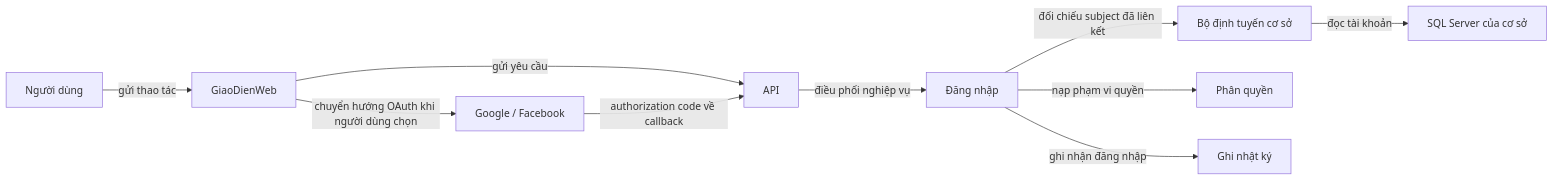
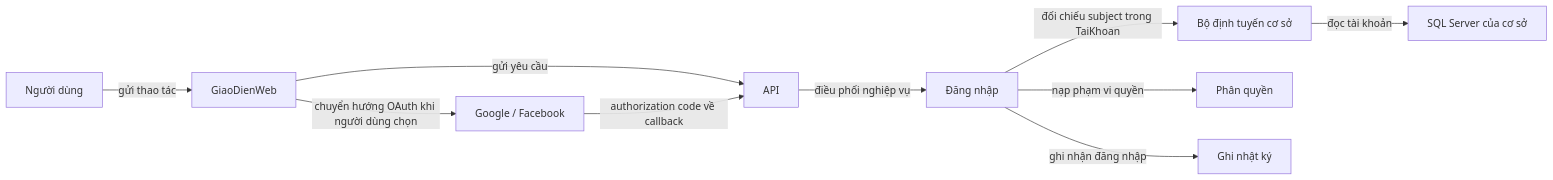
One commit to Quochieu2005/language-center-management changed diagram 15 of 23 in README.md. Above: the diagram before and after it, drawn with Mermaid. The commit also changed other lines of this file and 33 other files, not shown here.

````diff
--- a/README.md
+++ b/README.md
@@ -445,12 +445,12 @@
 ```mermaid
 flowchart LR
     NguoiDung["Người dùng"] -->|gửi thao tác| GiaoDienWeb["GiaoDienWeb"]
     GiaoDienWeb["GiaoDienWeb"] -->|gửi yêu cầu| API["API"]
     API["API"] -->|điều phối nghiệp vụ| DangNhap["Đăng nhập"]
     GiaoDienWeb -->|chuyển hướng OAuth khi người dùng chọn| GoogleFacebook["Google / Facebook"]
     GoogleFacebook -->|authorization code về callback| API
-    DangNhap -->|đối chiếu subject đã liên kết| SiteRouter["Bộ định tuyến cơ sở"]
+    DangNhap -->|đối chiếu subject trong TaiKhoan| SiteRouter["Bộ định tuyến cơ sở"]
     SiteRouter["Bộ định tuyến cơ sở"] -->|đọc tài khoản| SQLServer_CSDL_Site["SQL Server của cơ sở"]
     DangNhap["Đăng nhập"] -->|nạp phạm vi quyền| PhanQuyen["Phân quyền"]
     DangNhap["Đăng nhập"] -->|ghi nhận đăng nhập| GhiNhatKy["Ghi nhật ký"]
 ```
````
